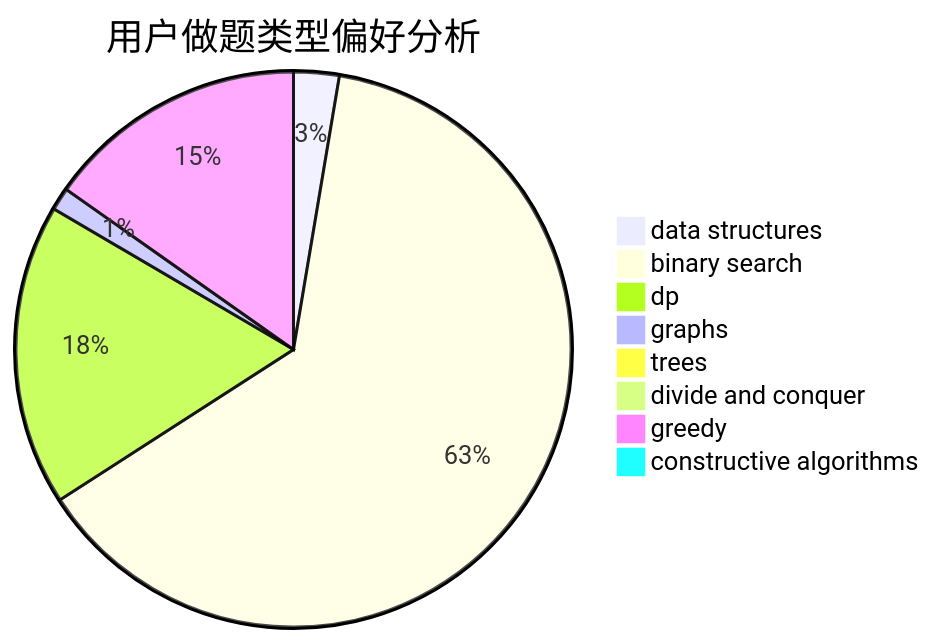
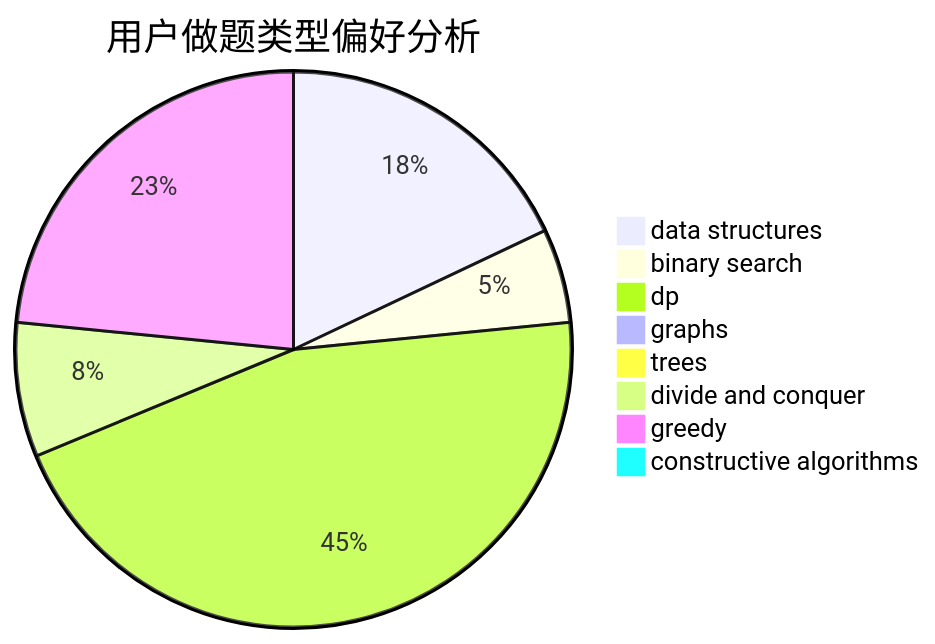
The second of 3 diagrams in docs/user/u2486.md (sherpahu/cfrs.github.io), drawn with Mermaid before and after one commit. The commit also changed other lines of this file and 2770 other files, not shown here.

````diff
--- a/docs/user/u2486.md
+++ b/docs/user/u2486.md
@@ -23,11 +23,11 @@
 ```mermaid
 pie title 用户做题类型偏好分析
-    "data structures" :  8
-    "binary search" :  191
-    "dp" :  53
-    "graphs" :  4
+    "data structures" :  23
+    "binary search" :  7
+    "dp" :  58
+    "graphs" :  1
     "trees" :  0
-    "divide and conquer" :  0
-    "greedy" :  46
+    "divide and conquer" :  10
+    "greedy" :  30
     "constructive algorithms" :  0
 ```
````
